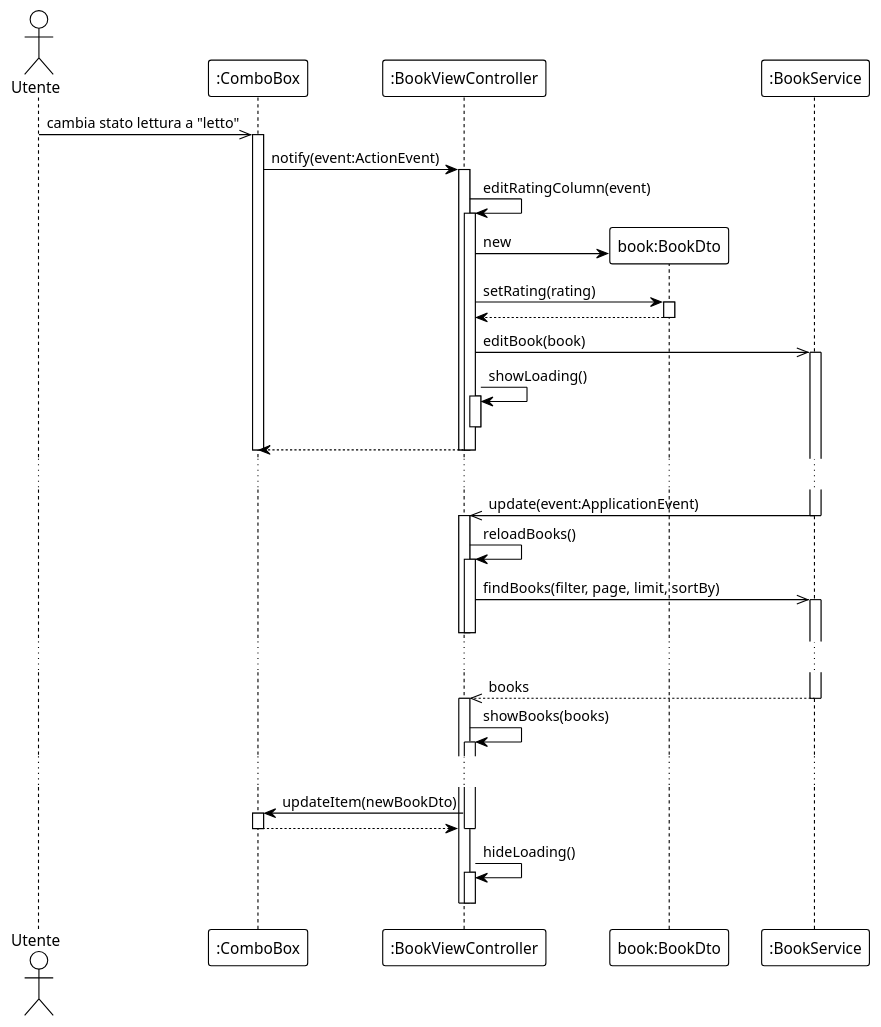
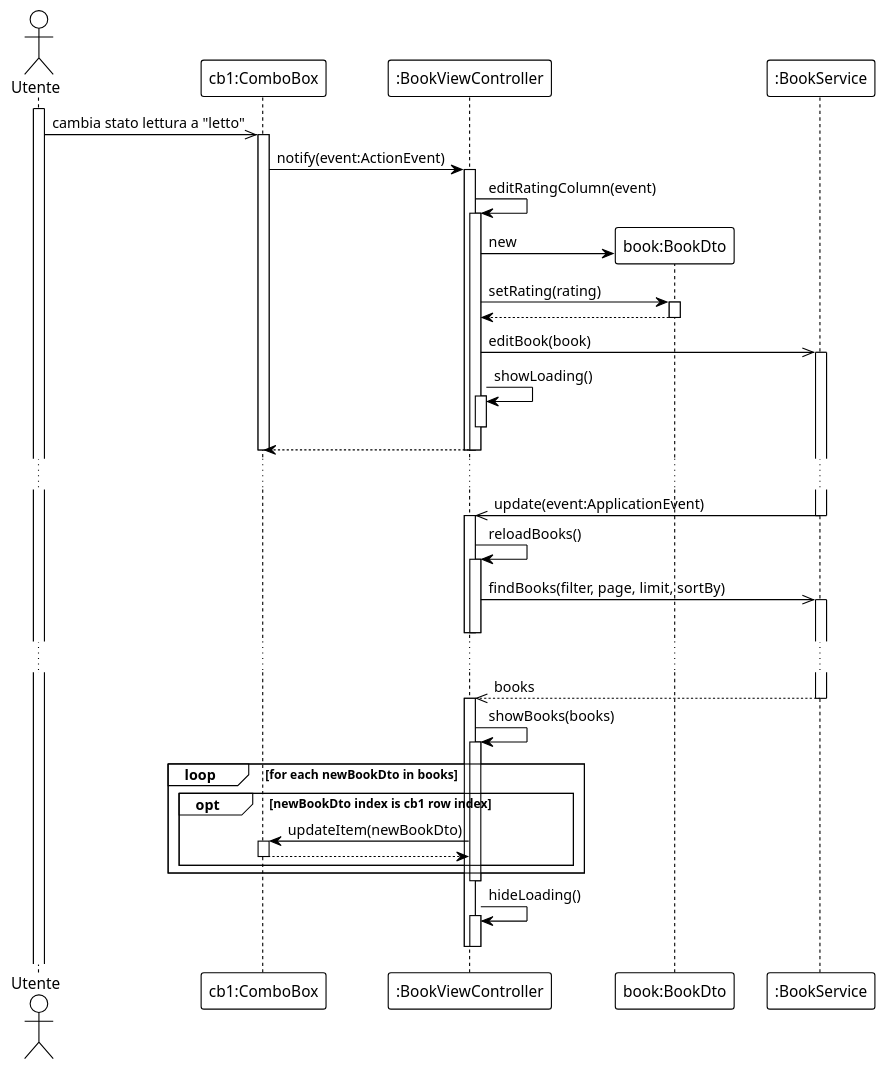
The diagram in docs/uml/plantuml/sq_03.puml (jiniux/GestoreDiLibreriaPersonale), drawn with PlantUML before and after one commit. The commit also changed 12 other files, not shown here.

Commit message:
docs: minor corrections on diagrams

```diff
--- a/docs/uml/plantuml/sq_03.puml
+++ b/docs/uml/plantuml/sq_03.puml
@@ -1,80 +1,88 @@
 @startuml
 !theme plain
 actor "Utente" as user
 
 
 <style>
 lifeLine {
   LineStyle 3
 }
 </style>
 
-participant ":ComboBox" as combobox 
+activate user
+
+participant "cb1:ComboBox" as combobox 
 participant ":BookViewController" as bookViewController
 participant "book:BookDto" as bookDto
 participant ":BookService" as bookService
 
 user ->> combobox: cambia stato lettura a "letto"
 activate combobox
 
 combobox -> bookViewController: notify(event:ActionEvent)
 activate bookViewController
 
 bookViewController -> bookViewController: editRatingColumn(event)
 activate bookViewController
 
 bookViewController -> bookDto **: new
 bookViewController -> bookDto: setRating(rating)
 activate bookDto
 return
 deactivate bookDto
 
 bookViewController ->> bookService: editBook(book)
 activate bookService
 
 bookViewController -> bookViewController: showLoading()
 activate bookViewController
 deactivate bookViewController
 bookViewController --> combobox
 deactivate bookViewController
 
 deactivate bookViewController
 deactivate combobox
 
 ...
 
 bookService ->> bookViewController: update(event:ApplicationEvent)
 deactivate bookService
 activate bookViewController
 
 bookViewController -> bookViewController: reloadBooks()
 
 
 activate bookViewController
 
 bookViewController ->> bookService: findBooks(filter, page, limit, sortBy)
 activate bookService
 
 deactivate bookViewController
 deactivate bookViewController
 ...
 bookService -->> bookViewController: books
 deactivate bookService
 activate bookViewController
 bookViewController -> bookViewController: showBooks(books)
 activate bookViewController
-...
-bookViewController -> combobox: updateItem(newBookDto)
-activate combobox
+loop for each newBookDto in books
+opt newBookDto index is cb1 row index
+  
 
-combobox --> bookViewController
-deactivate combobox
+  bookViewController -> combobox: updateItem(newBookDto)
+  activate combobox
+  combobox --> bookViewController
+  deactivate combobox
+  end
+end
+
+
 
 
 deactivate bookViewController
 
 bookViewController -> bookViewController: hideLoading()
 activate bookViewController
 deactivate bookViewController
 deactivate bookViewController
 @enduml
```
